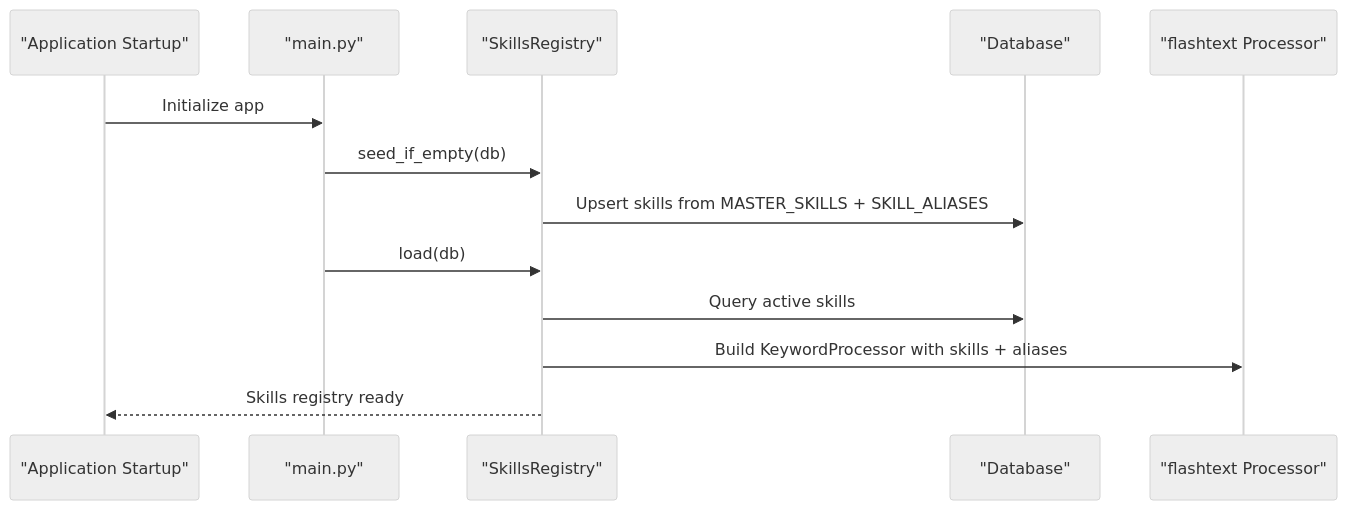
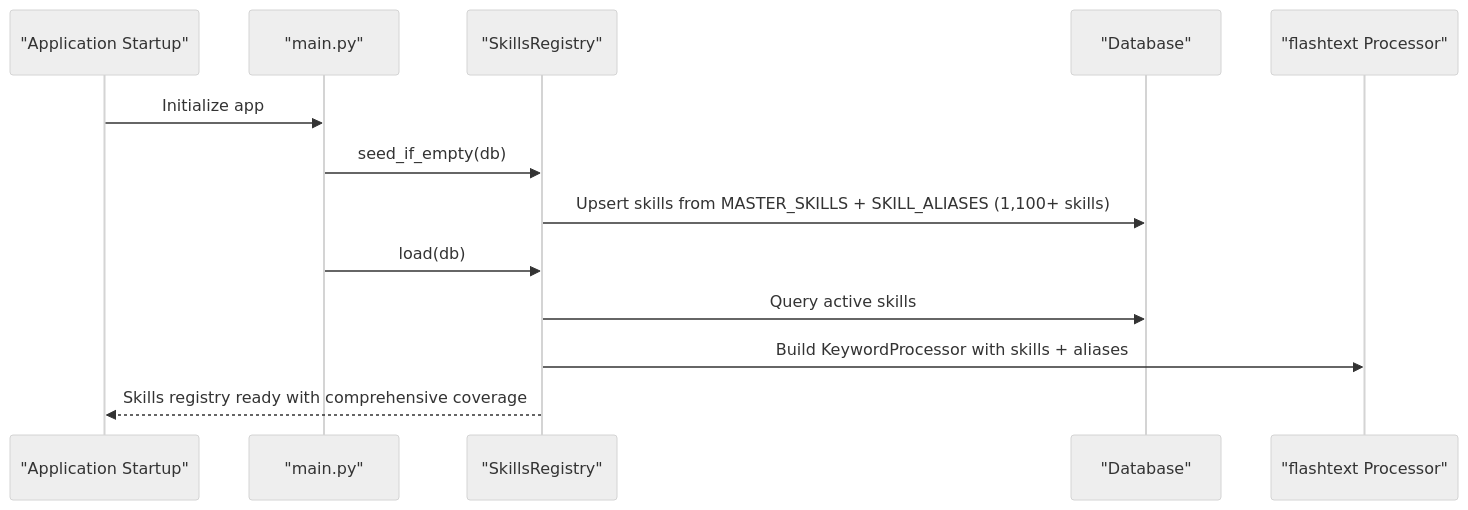
The second of 6 diagrams in .qoder/repowiki/en/content/Advanced Topics/Skills Registry Extension.md (Revanththetalogics/aireume), drawn with Mermaid (neutral theme) before and after one commit. The commit also changed other lines of this file and 21 other files, not shown here.

````diff
--- a/.qoder/repowiki/en/content/Advanced Topics/Skills Registry Extension.md
+++ b/.qoder/repowiki/en/content/Advanced Topics/Skills Registry Extension.md
@@ -96,15 +107,15 @@
 ```mermaid
 sequenceDiagram
 participant APP as "Application Startup"
 participant MAIN as "main.py"
 participant SR as "SkillsRegistry"
 participant DB as "Database"
 participant REG as "flashtext Processor"
 APP->>MAIN : Initialize app
 MAIN->>SR : seed_if_empty(db)
-SR->>DB : Upsert skills from MASTER_SKILLS + SKILL_ALIASES
+SR->>DB : Upsert skills from MASTER_SKILLS + SKILL_ALIASES (1,100+ skills)
 MAIN->>SR : load(db)
 SR->>DB : Query active skills
 SR->>REG : Build KeywordProcessor with skills + aliases
-SR-->>APP : Skills registry ready
+SR-->>APP : Skills registry ready with comprehensive coverage
 ```
````
